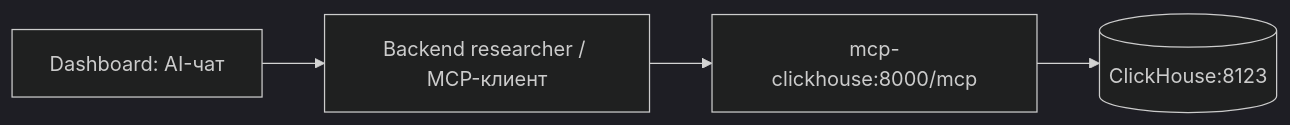
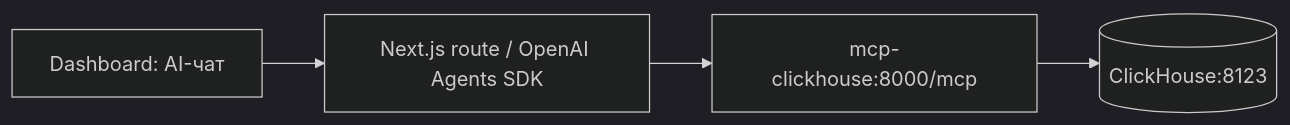
One commit to tsarev-is/Logregartor changed the diagram in docs/MCP_CLICKHOUSE.md. Above: the diagram before and after it, drawn with Mermaid (dark theme). The commit also changed other lines of this file and 12 other files, not shown here.

````diff
--- a/docs/MCP_CLICKHOUSE.md
+++ b/docs/MCP_CLICKHOUSE.md
@@ -7,6 +7,6 @@
 ```mermaid
 flowchart LR
     Chat[Dashboard: AI-чат] --> Researcher[Backend researcher / MCP-клиент]
-    Researcher --> MCP[mcp-clickhouse:8000/mcp]
+    Researcher[Next.js route / OpenAI Agents SDK] --> MCP[mcp-clickhouse:8000/mcp]
     MCP --> CH[(ClickHouse:8123)]
 ```
````
